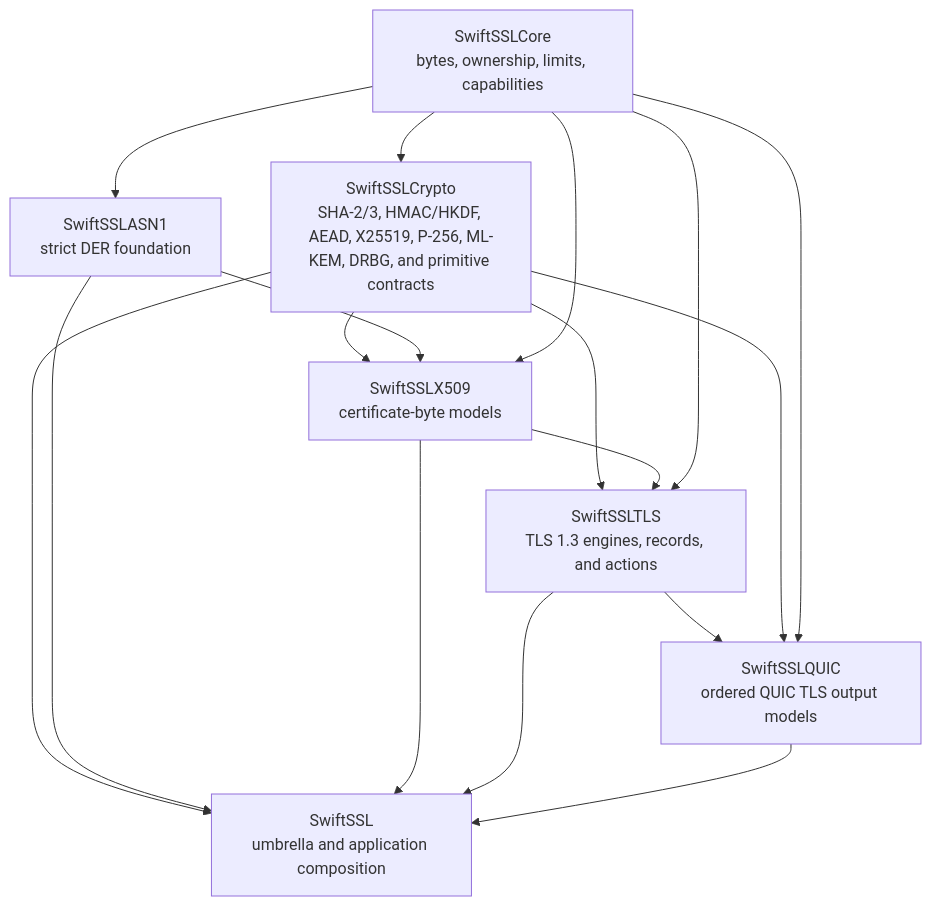
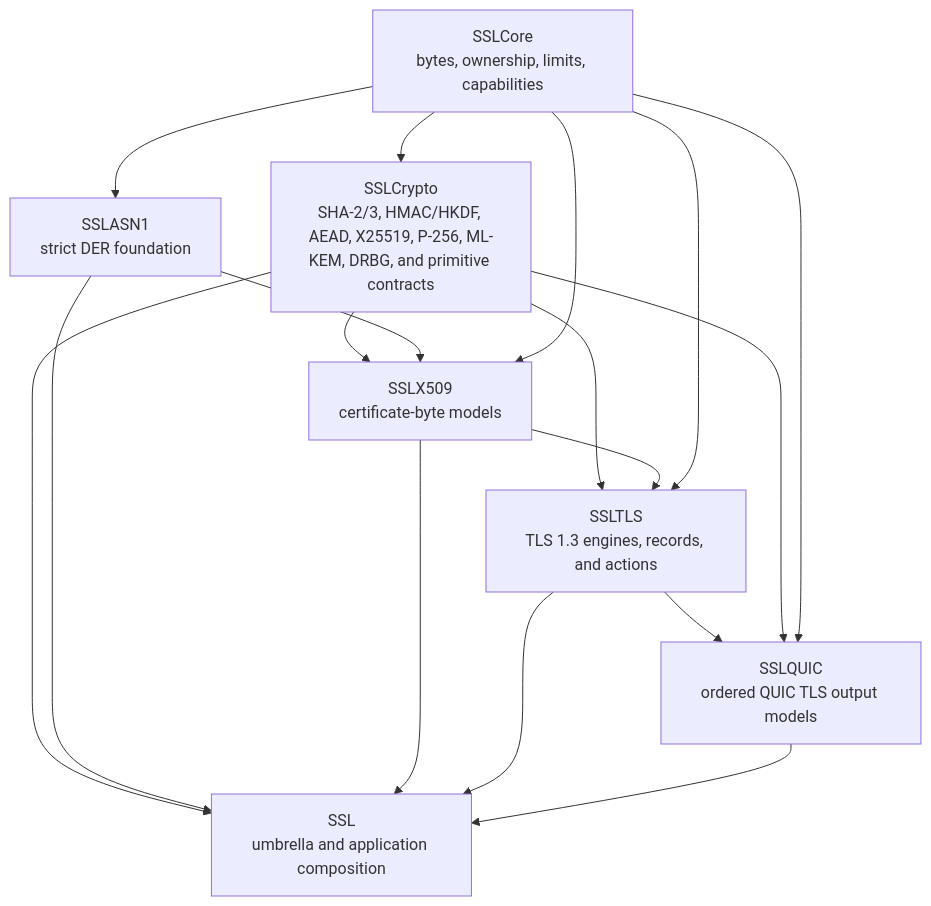
One commit to 1amageek/swift-ssl changed the first of 3 diagrams in docs/ARCHITECTURE.md. Above: the diagram before and after it, drawn with Mermaid. The commit also changed other lines of this file and 1106 other files, not shown here.

Commit message:
Rename SwiftSSL modules to SSL

````diff
--- a/docs/ARCHITECTURE.md
+++ b/docs/ARCHITECTURE.md
@@ -18,27 +18,27 @@
 ```mermaid
 flowchart TD
-    Core["SwiftSSLCore\nbytes, ownership, limits, capabilities"]
-    Crypto["SwiftSSLCrypto\nSHA-2/3, HMAC/HKDF, AEAD, X25519, P-256, ML-KEM, DRBG, and primitive contracts"]
-    ASN1["SwiftSSLASN1\nstrict DER foundation"]
-    X509["SwiftSSLX509\ncertificate-byte models"]
-    TLS["SwiftSSLTLS\nTLS 1.3 engines, records, and actions"]
-    QUIC["SwiftSSLQUIC\nordered QUIC TLS output models"]
-    Facade["SwiftSSL\numbrella and application composition"]
+    Core["SSLCore\nbytes, ownership, limits, capabilities"]
+    Crypto["SSLCrypto\nSHA-2/3, HMAC/HKDF, AEAD, X25519, P-256, ML-KEM, DRBG, and primitive contracts"]
+    ASN1["SSLASN1\nstrict DER foundation"]
+    X509["SSLX509\ncertificate-byte models"]
+    TLS["SSLTLS\nTLS 1.3 engines, records, and actions"]
+    QUIC["SSLQUIC\nordered QUIC TLS output models"]
+    Facade["SSL\numbrella and application composition"]
 
     Core --> Crypto
     Core --> ASN1
     Crypto --> X509
     ASN1 --> X509
     Core --> X509
     Crypto --> TLS
     X509 --> TLS
     Core --> TLS
     TLS --> QUIC
     Crypto --> QUIC
     Core --> QUIC
     Crypto --> Facade
     ASN1 --> Facade
     X509 --> Facade
     TLS --> Facade
     QUIC --> Facade
 ```
````
